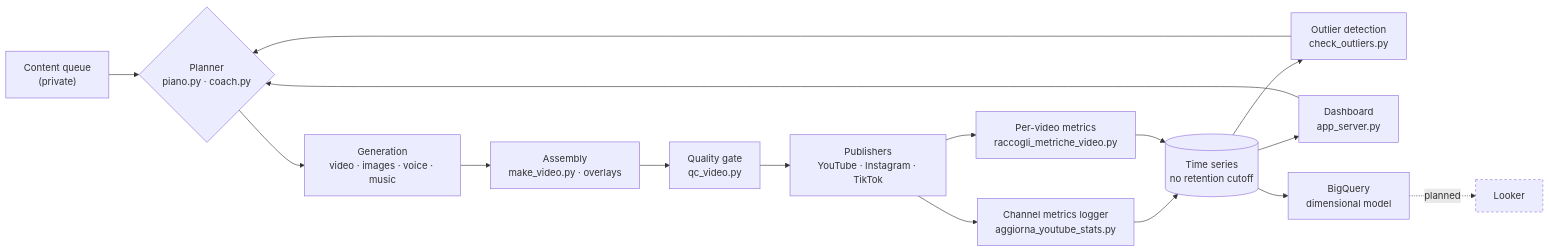
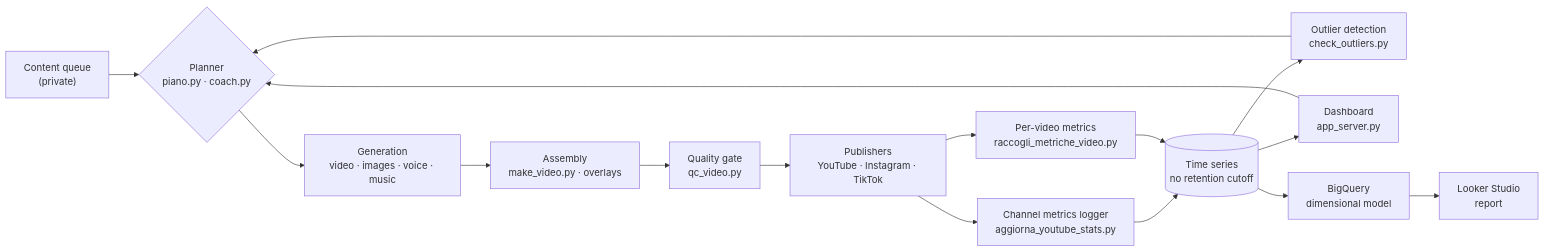
Before and after one commit to matteobalducci/calciovich-content-pipeline: the diagram in README.md, drawn with Mermaid. The commit also changed other lines of this file, not shown here.

First line of the commit message:
README: document Fase 4 (Looker Studio reporting layer) as shipped

````diff
--- a/README.md
+++ b/README.md
@@ -32,19 +33,18 @@
 ```mermaid
 flowchart LR
   Q["Content queue<br/>(private)"] --> P{"Planner<br/>piano.py · coach.py"}
   P --> G["Generation<br/>video · images · voice · music"]
   G --> A["Assembly<br/>make_video.py · overlays"]
   A --> QC["Quality gate<br/>qc_video.py"]
   QC --> PUB["Publishers<br/>YouTube · Instagram · TikTok"]
   PUB --> M["Channel metrics logger<br/>aggiorna_youtube_stats.py"]
   PUB --> M2["Per-video metrics<br/>raccogli_metriche_video.py"]
   M --> TS[("Time series<br/>no retention cutoff")]
   M2 --> TS
   TS --> OUT["Outlier detection<br/>check_outliers.py"]
   TS --> DASH["Dashboard<br/>app_server.py"]
   OUT --> P
   DASH --> P
   TS --> BQ["BigQuery<br/>dimensional model"]
-  BQ -.planned.-> LK["Looker"]
-  style LK stroke-dasharray: 4 4
+  BQ --> LK["Looker Studio<br/>report"]
 ```
````
